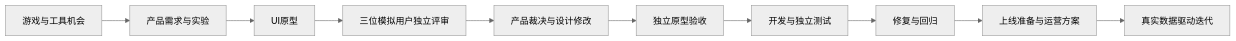
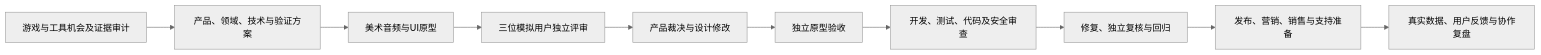
One commit to gzx543097079/AgentWorks changed the diagram in README.md. Above: the diagram before and after it, drawn with Mermaid (neutral theme). The commit also changed other lines of this file and 90 other files, not shown here.

````diff
--- a/README.md
+++ b/README.md
@@ -56,12 +70,12 @@
 ```mermaid
 flowchart LR
-    A[游戏与工具机会] --> B[产品需求与实验]
-    B --> C[UI原型]
+    A[游戏与工具机会及证据审计] --> B[产品、领域、技术与验证方案]
+    B --> C[美术音频与UI原型]
     C --> D[三位模拟用户独立评审]
     D --> E[产品裁决与设计修改]
     E --> F[独立原型验收]
-    F --> G[开发与独立测试]
-    G --> H[修复与回归]
-    H --> I[上线准备与运营方案]
-    I --> J[真实数据驱动迭代]
+    F --> G[开发、测试、代码及安全审查]
+    G --> H[修复、独立复核与回归]
+    H --> I[发布、营销、销售与支持准备]
+    I --> J[真实数据、用户反馈与协作复盘]
 ```
````
